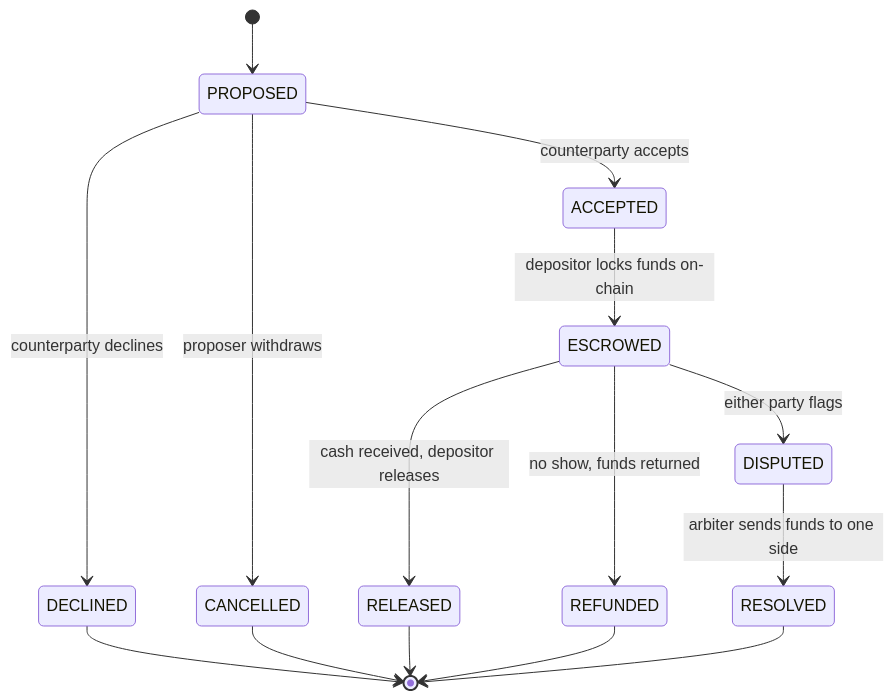
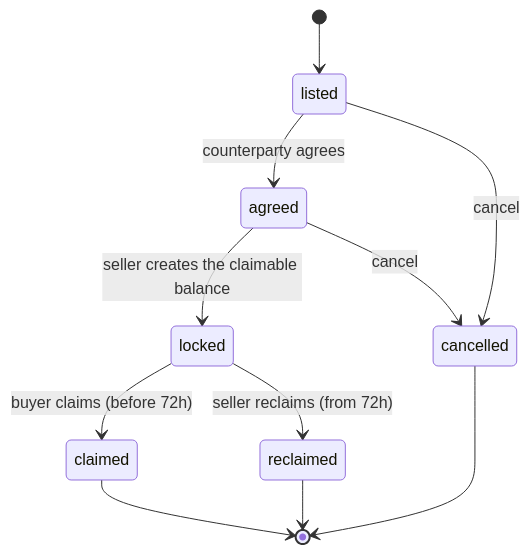
The diagram in README.md (omeralpi/pairy), drawn with Mermaid before and after one commit. The commit also changed other lines of this file and 2 other files, not shown here.

````diff
--- a/README.md
+++ b/README.md
@@ -86,17 +68,13 @@
 ```mermaid
 stateDiagram-v2
-    [*] --> PROPOSED
-    PROPOSED --> ACCEPTED: counterparty accepts
-    PROPOSED --> DECLINED: counterparty declines
-    PROPOSED --> CANCELLED: proposer withdraws
-    ACCEPTED --> ESCROWED: depositor locks funds on-chain
-    ESCROWED --> RELEASED: cash received, depositor releases
-    ESCROWED --> REFUNDED: no show, funds returned
-    ESCROWED --> DISPUTED: either party flags
-    DISPUTED --> RESOLVED: arbiter sends funds to one side
-    DECLINED --> [*]
-    CANCELLED --> [*]
-    RELEASED --> [*]
-    REFUNDED --> [*]
-    RESOLVED --> [*]
+    [*] --> listed
+    listed --> agreed: counterparty agrees
+    listed --> cancelled: cancel
+    agreed --> locked: seller creates the claimable balance
+    agreed --> cancelled: cancel
+    locked --> claimed: buyer claims (before 72h)
+    locked --> reclaimed: seller reclaims (from 72h)
+    claimed --> [*]
+    reclaimed --> [*]
+    cancelled --> [*]
 ```
````
